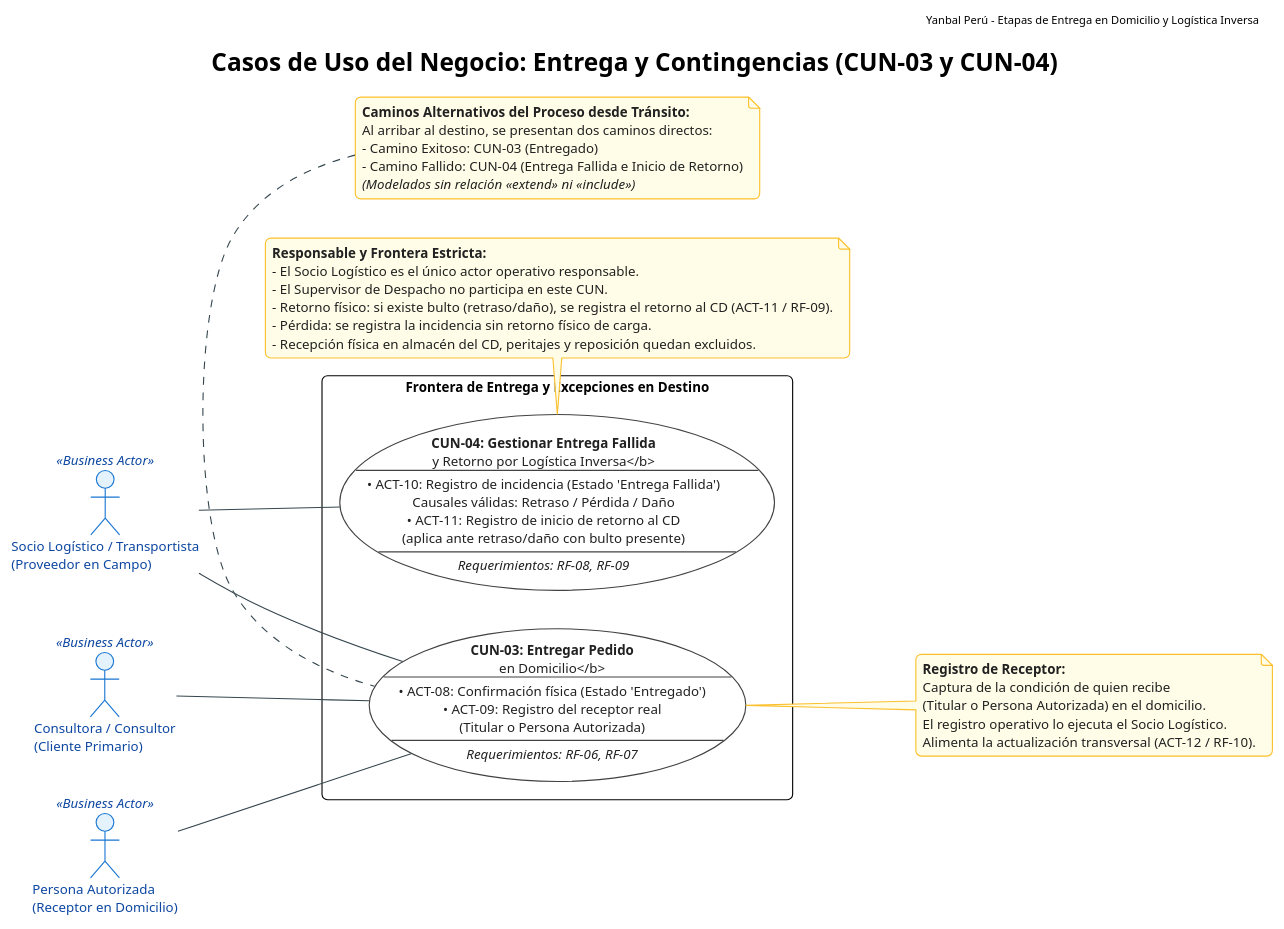
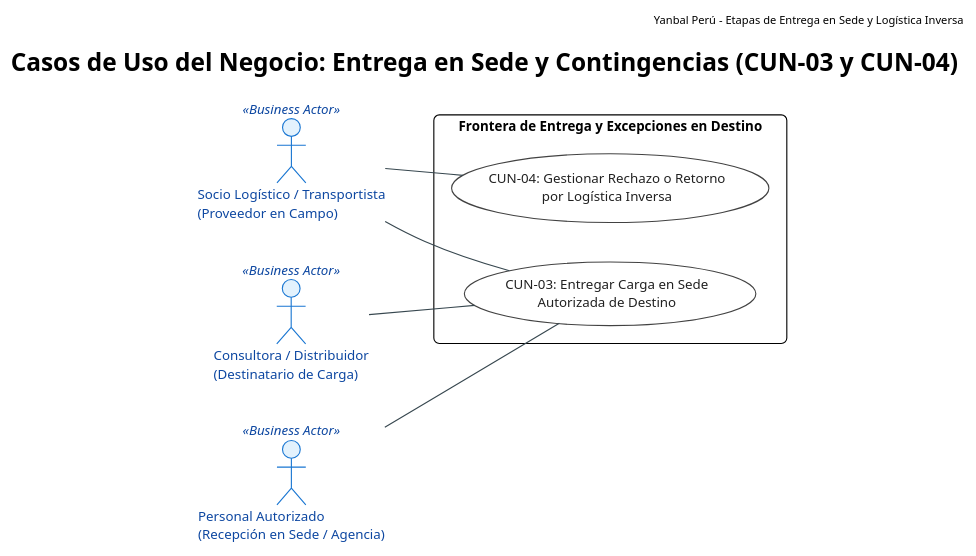
The diagram in arq-emp AS-IS/Diagrama de Casos de Uso del Negocio (CUN)/CUN_Paquete_Entrega_LogisticaInversa.puml (SaraviaH/arq-emp), drawn with PlantUML before and after one commit. The commit also changed 36 other files, not shown here.

```diff
--- a/arq-emp AS-IS/Diagrama de Casos de Uso del Negocio (CUN)/CUN_Paquete_Entrega_LogisticaInversa.puml
+++ b/arq-emp AS-IS/Diagrama de Casos de Uso del Negocio (CUN)/CUN_Paquete_Entrega_LogisticaInversa.puml
@@ -1,81 +1,45 @@
 @startuml CUN_Paquete_Entrega_LogisticaInversa
 !theme plain
 skinparam shadowing false
 skinparam roundcorner 10
 skinparam defaultFontName "Arial"
 skinparam defaultFontSize 12
 
 skinparam actor {
     BackgroundColor<<Business Actor>> #E3F2FD
     BorderColor<<Business Actor>> #1976D2
     FontColor<<Business Actor>> #0D47A1
     
     BackgroundColor<<Business Worker>> #FFF3E0
     BorderColor<<Business Worker>> #F57C00
     FontColor<<Business Worker>> #E65100
 }
 
 skinparam usecase {
     BackgroundColor #FFFFFF
     BorderColor #424242
     ArrowColor #37474F
     FontColor #212121
 }
 
-skinparam note {
-    BackgroundColor #FFFDE7
-    BorderColor #FBC02D
-    FontColor #212121
+left to right direction
+
+header Yanbal Perú - Etapas de Entrega en Sede y Logística Inversa
+title Casos de Uso del Negocio: Entrega en Sede y Contingencias (CUN-03 y CUN-04)
+
+actor "Socio Logístico / Transportista\n(Proveedor en Campo)" as ActorSocio <<Business Actor>>
+actor "Consultora / Distribuidor\n(Destinatario de Carga)" as ActorConsultora <<Business Actor>>
+actor "Personal Autorizado\n(Recepción en Sede / Agencia)" as ActorPersonaAutorizada <<Business Actor>>
+
+rectangle "Frontera de Entrega y Excepciones en Destino" {
+    usecase "CUN-03: Entregar Carga en Sede\nAutorizada de Destino" as CUN03
+    usecase "CUN-04: Gestionar Rechazo o Retorno\npor Logística Inversa" as CUN04
 }
 
-left to right direction
-
-header Yanbal Perú - Etapas de Entrega en Domicilio y Logística Inversa
-title Casos de Uso del Negocio: Entrega y Contingencias (CUN-03 y CUN-04)
-
-actor "Socio Logístico / Transportista\n(Proveedor en Campo)" as ActorSocio <<Business Actor>>
-actor "Consultora / Consultor\n(Cliente Primario)" as ActorConsultora <<Business Actor>>
-actor "Persona Autorizada\n(Receptor en Domicilio)" as ActorPersonaAutorizada <<Business Actor>>
-
-rectangle "Frontera de Entrega y Excepciones en Destino" {
-    usecase "<b>CUN-03: Entregar Pedido\nen Domicilio</b>\n---\n• ACT-08: Confirmación física (Estado 'Entregado')\n• ACT-09: Registro del receptor real\n(Titular o Persona Autorizada)\n---\n<i>Requerimientos: RF-06, RF-07</i>" as CUN03
-    
-    usecase "<b>CUN-04: Gestionar Entrega Fallida\ny Retorno por Logística Inversa</b>\n---\n• ACT-10: Registro de incidencia (Estado 'Entrega Fallida')\nCausales válidas: Retraso / Pérdida / Daño\n• ACT-11: Registro de inicio de retorno al CD\n(aplica ante retraso/daño con bulto presente)\n---\n<i>Requerimientos: RF-08, RF-09</i>" as CUN04
-}
-
-' =======================================================
-' RELACIONES DE ASOCIACIÓN (ACTORES <-> CUN)
-' Asociaciones estándar UML (sin direccionalidad de flujo)
-' =======================================================
 ActorSocio -- CUN03
 ActorConsultora -- CUN03
 ActorPersonaAutorizada -- CUN03
 
 ActorSocio -- CUN04
 
-note right of CUN03
-  <b>Registro de Receptor:</b>
-  Captura de la condición de quien recibe
-  (Titular o Persona Autorizada) en el domicilio.
-  El registro operativo lo ejecuta el Socio Logístico.
-  Alimenta la actualización transversal (ACT-12 / RF-10).
-end note
-
-note bottom of CUN04
-  <b>Responsable y Frontera Estricta:</b>
-  - El Socio Logístico es el único actor operativo responsable.
-  - El Supervisor de Despacho no participa en este CUN.
-  - Retorno físico: si existe bulto (retraso/daño), se registra el retorno al CD (ACT-11 / RF-09).
-  - Pérdida: se registra la incidencia sin retorno físico de carga.
-  - Recepción física en almacén del CD, peritajes y reposición quedan excluidos.
-end note
-
-note top of CUN03
-  <b>Caminos Alternativos del Proceso desde Tránsito:</b>
-  Al arribar al destino, se presentan dos caminos directos:
-  - Camino Exitoso: CUN-03 (Entregado)
-  - Camino Fallido: CUN-04 (Entrega Fallida e Inicio de Retorno)
-  <i>(Modelados sin relación <<extend>> ni <<include>>)</i>
-end note
-
 @enduml
```
